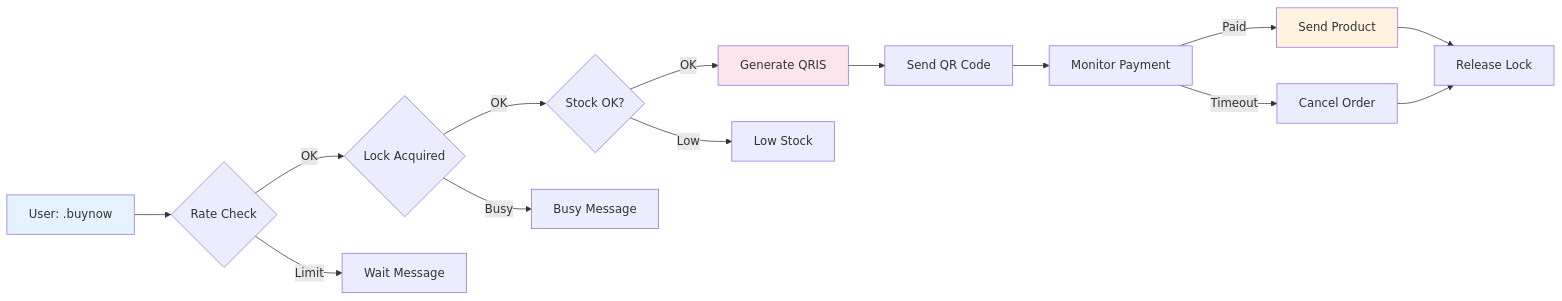
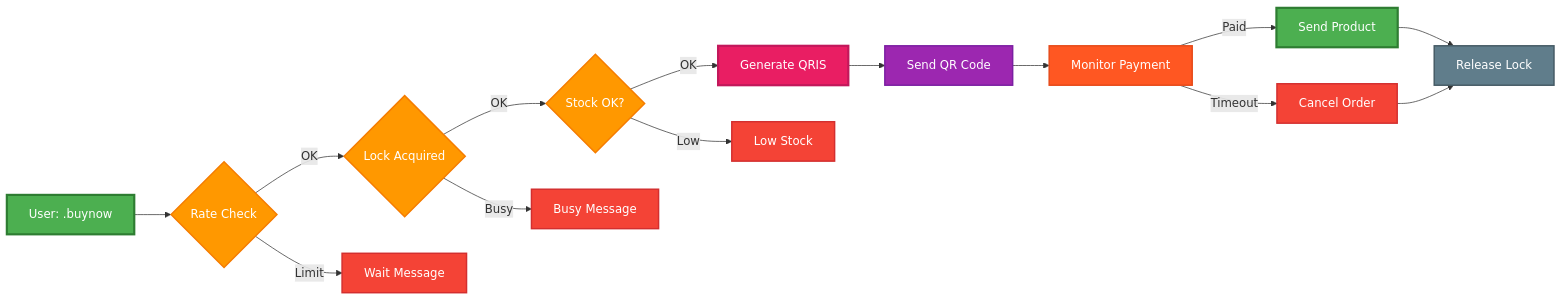
One commit to nicolaananda/bot-wa changed the third of 3 diagrams in README.md. Above: the diagram before and after it, drawn with Mermaid. The commit also changed other lines of this file, not shown here.

Commit message:
🎨 Add vibrant colors to payment flow diagrams
- Use Material Design color palette for better visual appeal
- Green (#4CAF50) for success actions (User input, Send Product)
- Orange (#FF9800) for decision points (Rate Check, Lock, Balance)
- Red (#F44336) for error states (Wait Message, Low Balance, Cancel)
- Blue (#2196F3) for core processing (Deduct Saldo)
- Purple (#9C27B0) for data operations (Update Stock, Send QR)
- Pink (#E91E63) for QRIS generation (unique to QRIS flow)
- Orange-red (#FF5722) for monitoring (Monitor Payment)
- Gray (#607D8B) for cleanup (Release Lock)
- Add white text color for better contrast
- Use stroke colors and widths for enhanced visibility

````diff
--- a/README.md
+++ b/README.md
@@ -167,20 +175,30 @@
 ```mermaid
 flowchart LR
     A["User: .buynow"] --> B{"Rate Check"}
     B -->|"OK"| C{"Lock Acquired"}
     B -->|"Limit"| D["Wait Message"]
     C -->|"OK"| E{"Stock OK?"}
     C -->|"Busy"| F["Busy Message"]
     E -->|"OK"| G["Generate QRIS"]
     E -->|"Low"| H["Low Stock"]
     G --> I["Send QR Code"]
     I --> J["Monitor Payment"]
     J -->|"Paid"| K["Send Product"]
     J -->|"Timeout"| L["Cancel Order"]
     K --> M["Release Lock"]
     L --> M
     
-    style A fill:#e3f2fd
-    style G fill:#fce4ec
-    style K fill:#fff3e0
+    style A fill:#4CAF50,stroke:#2E7D32,stroke-width:3px,color:#fff
+    style B fill:#FF9800,stroke:#F57C00,stroke-width:2px,color:#fff
+    style C fill:#FF9800,stroke:#F57C00,stroke-width:2px,color:#fff
+    style D fill:#F44336,stroke:#D32F2F,stroke-width:2px,color:#fff
+    style E fill:#FF9800,stroke:#F57C00,stroke-width:2px,color:#fff
+    style F fill:#F44336,stroke:#D32F2F,stroke-width:2px,color:#fff
+    style G fill:#E91E63,stroke:#C2185B,stroke-width:3px,color:#fff
+    style H fill:#F44336,stroke:#D32F2F,stroke-width:2px,color:#fff
+    style I fill:#9C27B0,stroke:#7B1FA2,stroke-width:2px,color:#fff
+    style J fill:#FF5722,stroke:#E64A19,stroke-width:2px,color:#fff
+    style K fill:#4CAF50,stroke:#2E7D32,stroke-width:3px,color:#fff
+    style L fill:#F44336,stroke:#D32F2F,stroke-width:2px,color:#fff
+    style M fill:#607D8B,stroke:#455A64,stroke-width:2px,color:#fff
 ```
````
